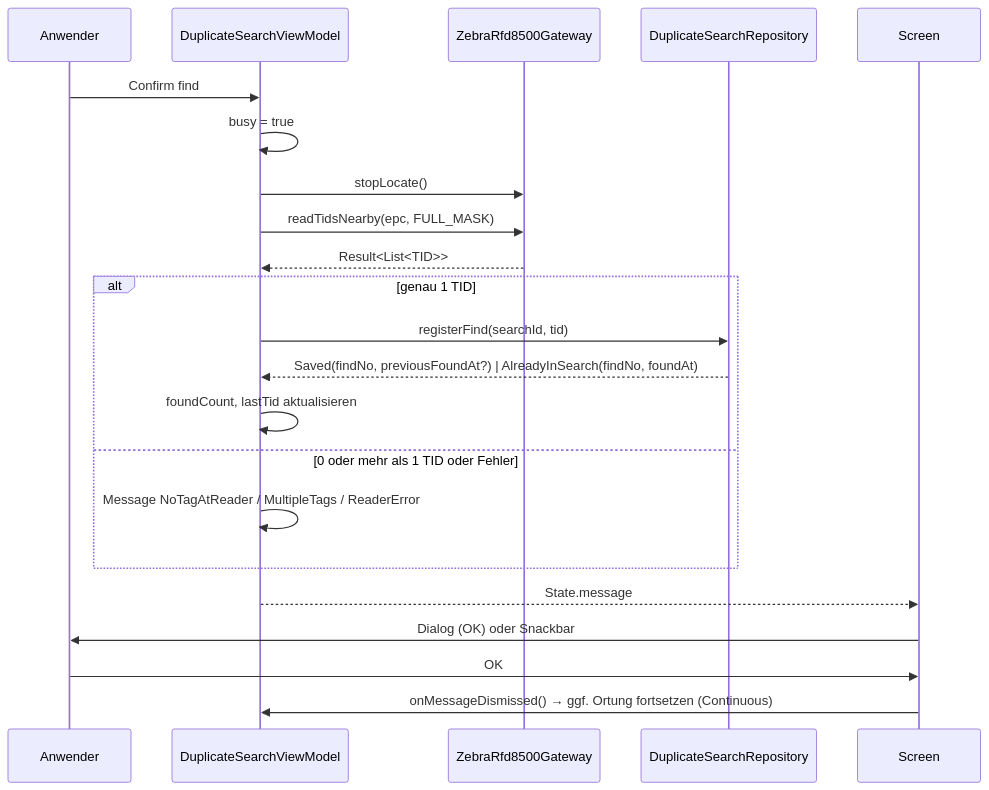
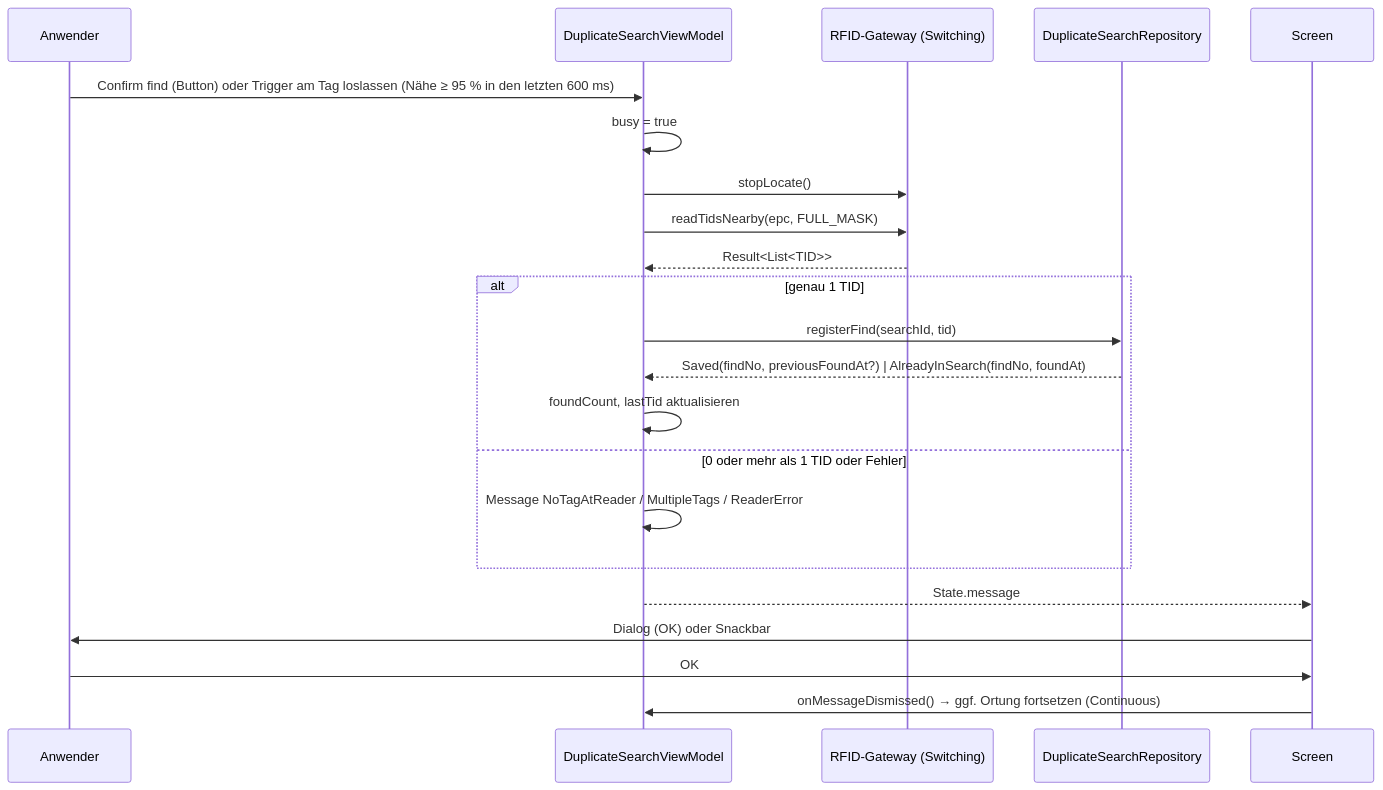
The fifth of 5 diagrams in docs/confluence/05-architektur.md (Kamilski86/QCC), drawn with Mermaid before and after one commit. The commit also changed other lines of this file and 38 other files, not shown here.

First line of the commit message:
feat(rfid): Honeywell IH45 as second RFID reader (USB), reader switching, trigger-confirmed finds

````diff
--- a/docs/confluence/05-architektur.md
+++ b/docs/confluence/05-architektur.md
@@ -202,25 +213,25 @@
 ```mermaid
 sequenceDiagram
     participant U as Anwender
     participant VM as DuplicateSearchViewModel
-    participant G as ZebraRfd8500Gateway
+    participant G as RFID-Gateway (Switching)
     participant R as DuplicateSearchRepository
     participant UI as Screen
 
-    U->>VM: Confirm find
+    U->>VM: Confirm find (Button) oder Trigger am Tag loslassen (Nähe ≥ 95 % in den letzten 600 ms)
     VM->>VM: busy = true
     VM->>G: stopLocate()
     VM->>G: readTidsNearby(epc, FULL_MASK)
     G-->>VM: Result<List<TID>>
     alt genau 1 TID
         VM->>R: registerFind(searchId, tid)
         R-->>VM: Saved(findNo, previousFoundAt?) | AlreadyInSearch(findNo, foundAt)
         VM->>VM: foundCount, lastTid aktualisieren
     else 0 oder mehr als 1 TID oder Fehler
         VM->>VM: Message NoTagAtReader / MultipleTags / ReaderError
     end
     VM-->>UI: State.message
     UI->>U: Dialog (OK) oder Snackbar
     U->>UI: OK
     UI->>VM: onMessageDismissed() → ggf. Ortung fortsetzen (Continuous)
 ```
````
